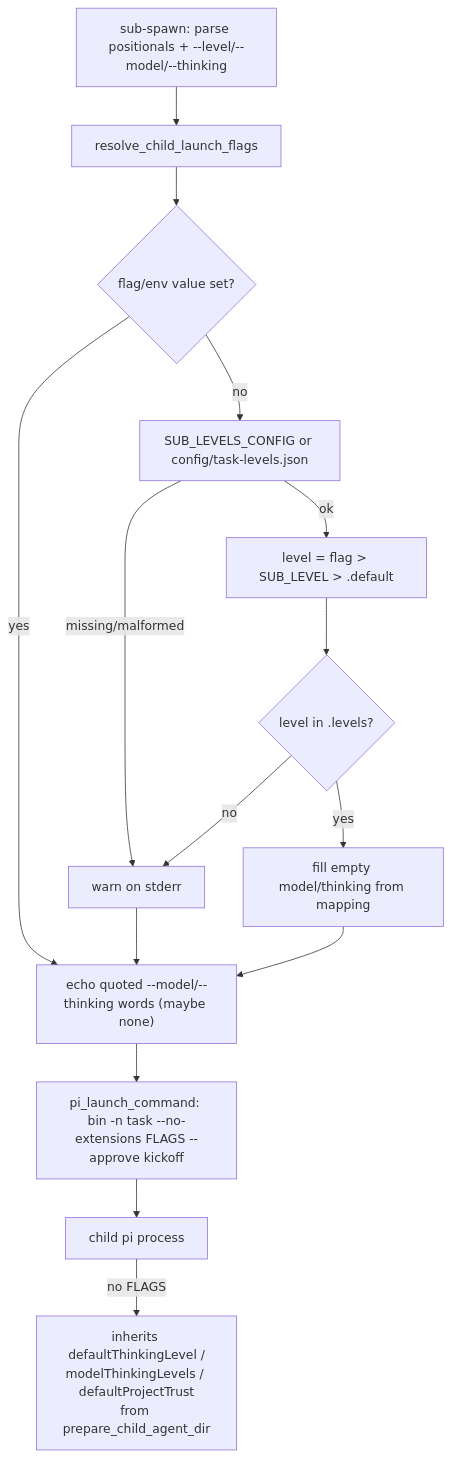
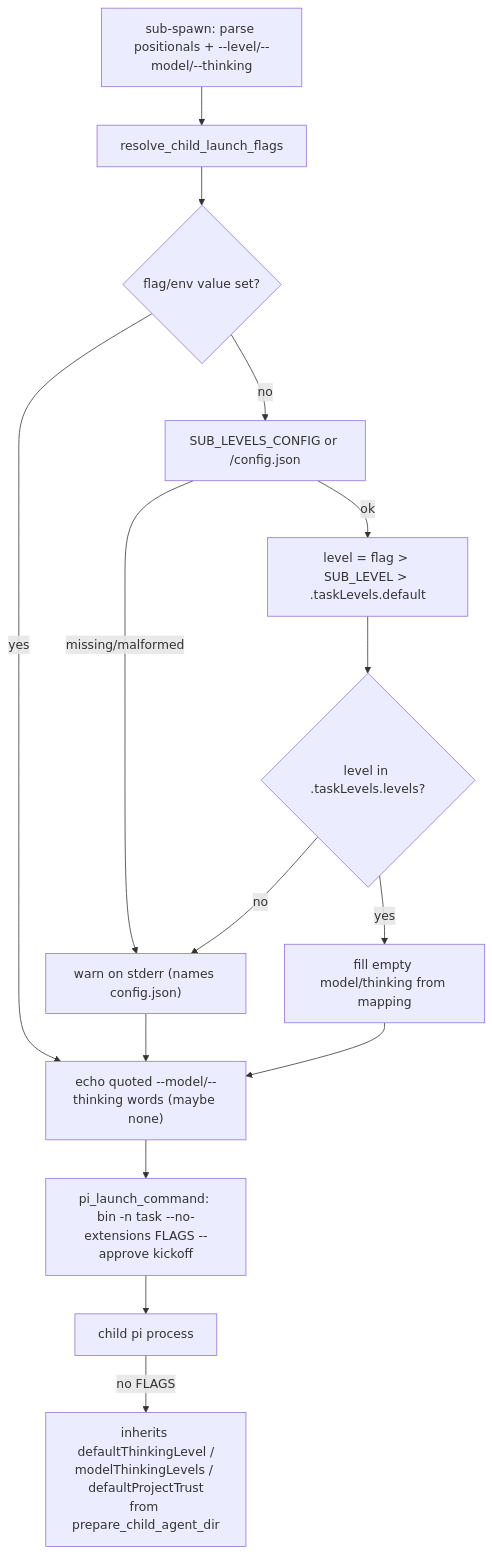
The diagram in specs/child-task-levels/child-task-levels-design.md (jseto/ai-commander), drawn with Mermaid before and after one commit. The commit also changed other lines of this file and 7 other files, not shown here.

First line of the commit message:
refactor: generic root-level config.json with taskLevels namespace

````diff
--- a/specs/child-task-levels/child-task-levels-design.md
+++ b/specs/child-task-levels/child-task-levels-design.md
@@ -73,17 +85,17 @@
 ```mermaid
 flowchart TD
     A["sub-spawn: parse positionals + --level/--model/--thinking"] --> B["resolve_child_launch_flags"]
     B --> C{flag/env value set?}
     C -- yes --> H
-    C -- no --> D["SUB_LEVELS_CONFIG or config/task-levels.json"]
-    D -- missing/malformed --> W["warn on stderr"]
+    C -- no --> D["SUB_LEVELS_CONFIG or <repo>/config.json"]
+    D -- missing/malformed --> W["warn on stderr (names config.json)"]
     W --> H["echo quoted --model/--thinking words (maybe none)"]
-    D -- ok --> E["level = flag > SUB_LEVEL > .default"]
-    E --> F{level in .levels?}
+    D -- ok --> E["level = flag > SUB_LEVEL > .taskLevels.default"]
+    E --> F{level in .taskLevels.levels?}
     F -- no --> W
     F -- yes --> G["fill empty model/thinking from mapping"]
     G --> H
     H --> I["pi_launch_command: bin -n task --no-extensions FLAGS --approve kickoff"]
     I --> J["child pi process"]
     J -- no FLAGS --> K["inherits defaultThinkingLevel /<br/>modelThinkingLevels / defaultProjectTrust<br/>from prepare_child_agent_dir"]
 ```
````
